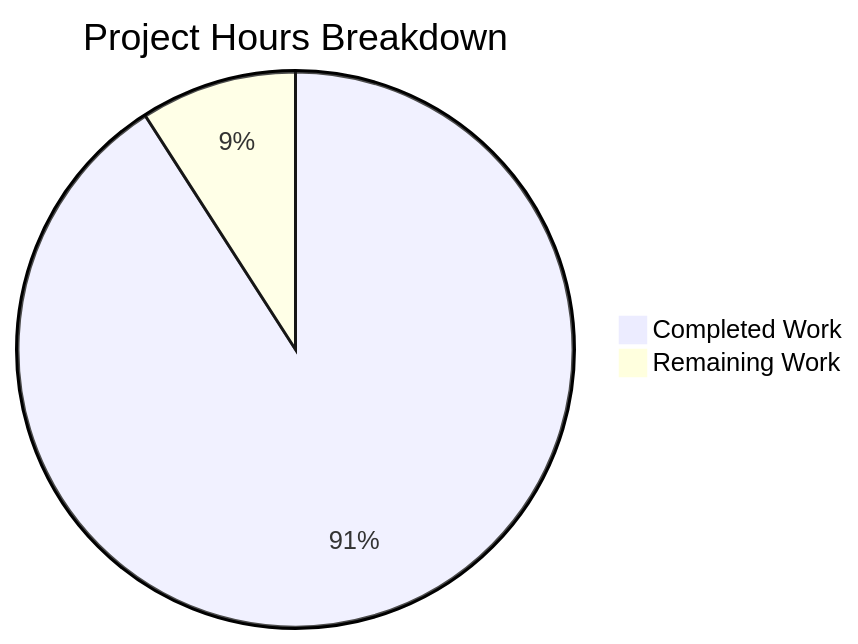
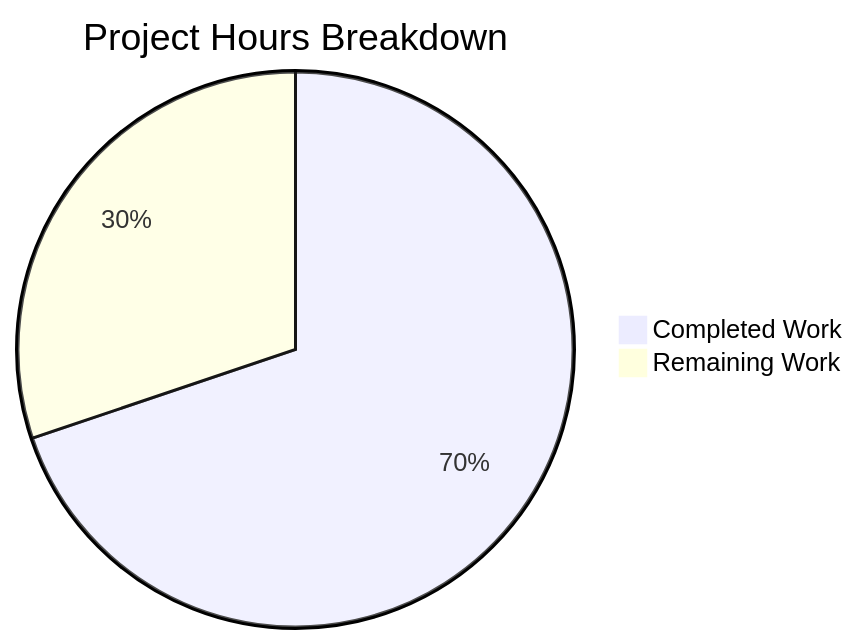
Before and after one commit to blitzy-public-samples/blitzy-WebVella-ERP: the diagram in blitzy/documentation/Project Guide.md, drawn with Mermaid. The commit also changed other lines of this file, not shown here.

Commit message:
Adding Blitzy Project Guide: Project Status and Human Tasks Remaining

````diff
--- a/blitzy/documentation/Project Guide.md
+++ b/blitzy/documentation/Project Guide.md
@@ -56,5 +52,5 @@
 ```mermaid
 pie title Project Hours Breakdown
-    "Completed Work" : 10
-    "Remaining Work" : 1
+    "Completed Work" : 81
+    "Remaining Work" : 35
 ```
````
